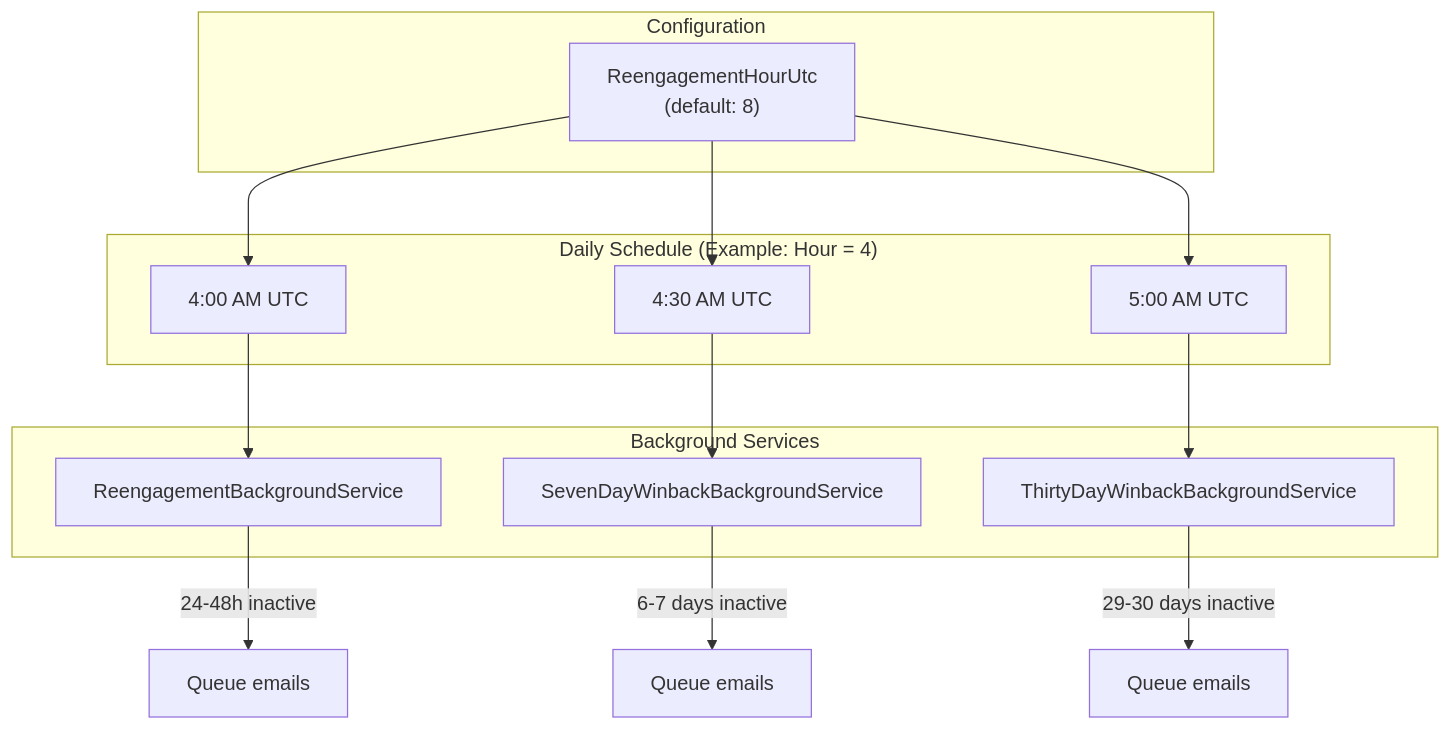
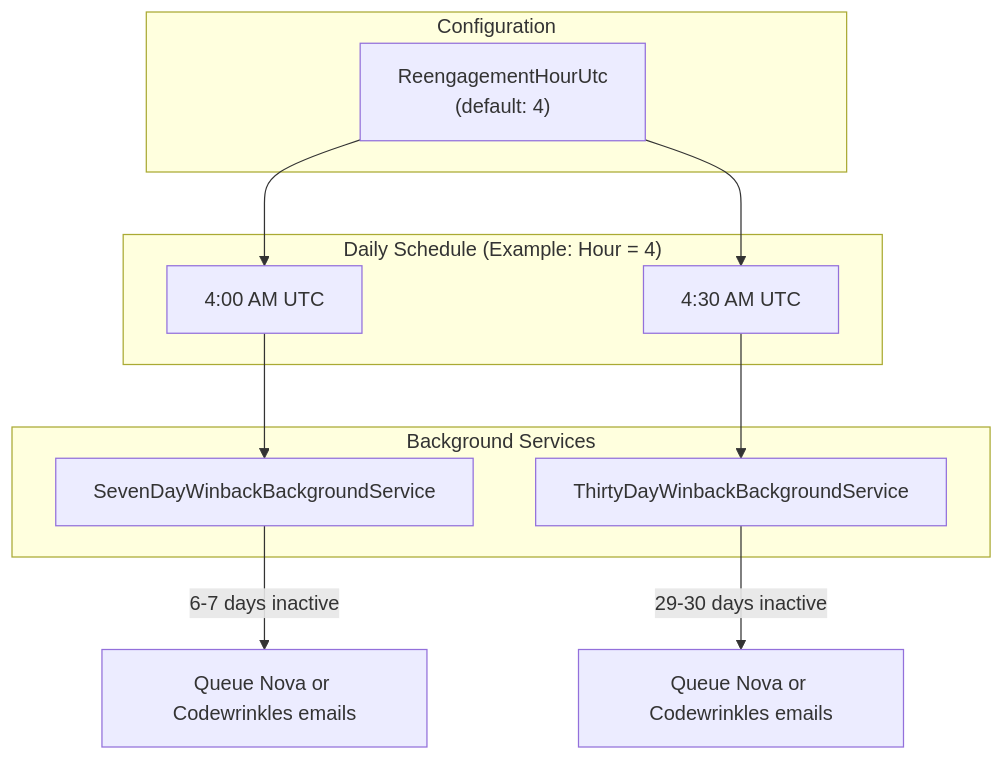
One commit to Codewrinkles/universe changed the first of 3 diagrams in docs/features/email/diagrams/service-schedule.md. Above: the diagram before and after it, drawn with Mermaid. The commit also changed other lines of this file and 15 other files, not shown here.

First line of the commit message:
refactor: Simplify email re-engagement to Nova-aware winback system

````diff
--- a/docs/features/email/diagrams/service-schedule.md
+++ b/docs/features/email/diagrams/service-schedule.md
@@ -3,30 +3,25 @@
 ```mermaid
 flowchart TB
     subgraph Config["Configuration"]
-        Hour["ReengagementHourUtc<br/>(default: 8)"]
+        Hour["ReengagementHourUtc<br/>(default: 4)"]
     end
 
     subgraph Schedule["Daily Schedule (Example: Hour = 4)"]
         T1["4:00 AM UTC"]
         T2["4:30 AM UTC"]
-        T3["5:00 AM UTC"]
     end
 
     subgraph Services["Background Services"]
-        S1[ReengagementBackgroundService]
-        S2[SevenDayWinbackBackgroundService]
-        S3[ThirtyDayWinbackBackgroundService]
+        S1[SevenDayWinbackBackgroundService]
+        S2[ThirtyDayWinbackBackgroundService]
     end
 
     Hour --> T1
     Hour --> T2
-    Hour --> T3
 
     T1 --> S1
     T2 --> S2
-    T3 --> S3
 
-    S1 -->|"24-48h inactive"| Q1[Queue emails]
-    S2 -->|"6-7 days inactive"| Q2[Queue emails]
-    S3 -->|"29-30 days inactive"| Q3[Queue emails]
+    S1 -->|"6-7 days inactive"| Q1[Queue Nova or Codewrinkles emails]
+    S2 -->|"29-30 days inactive"| Q2[Queue Nova or Codewrinkles emails]
 ```
````
